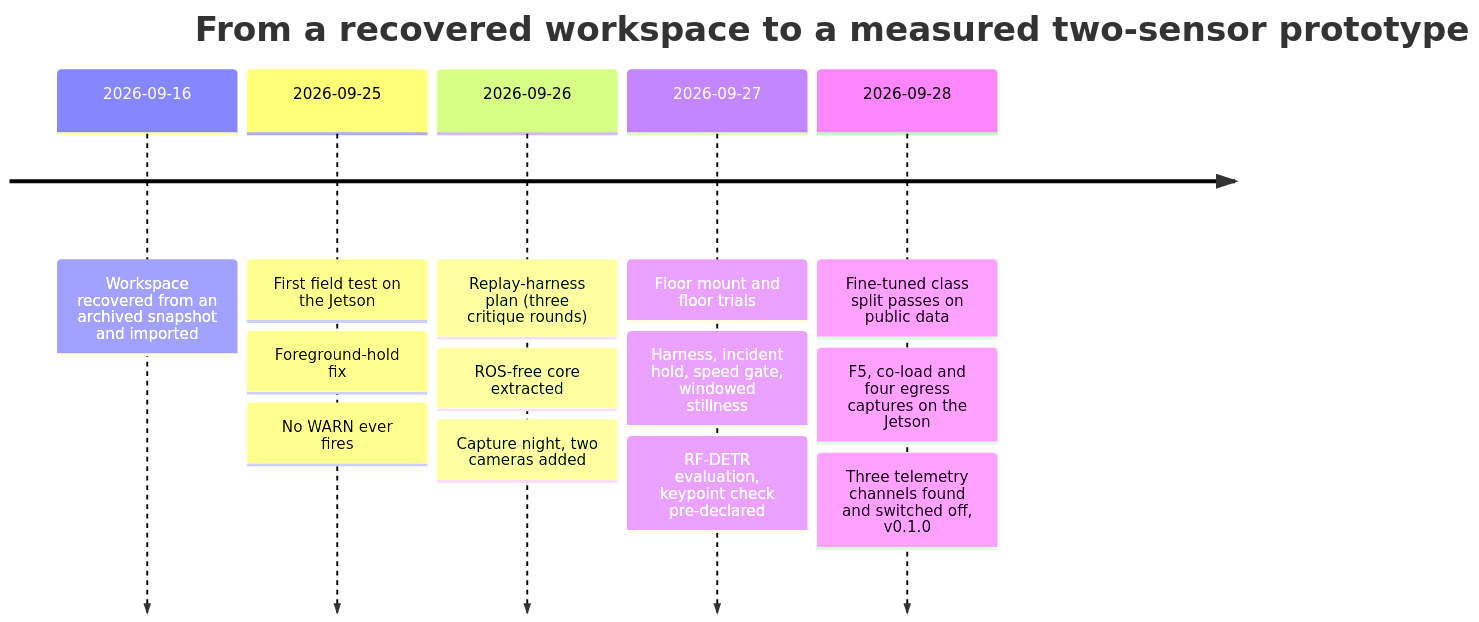
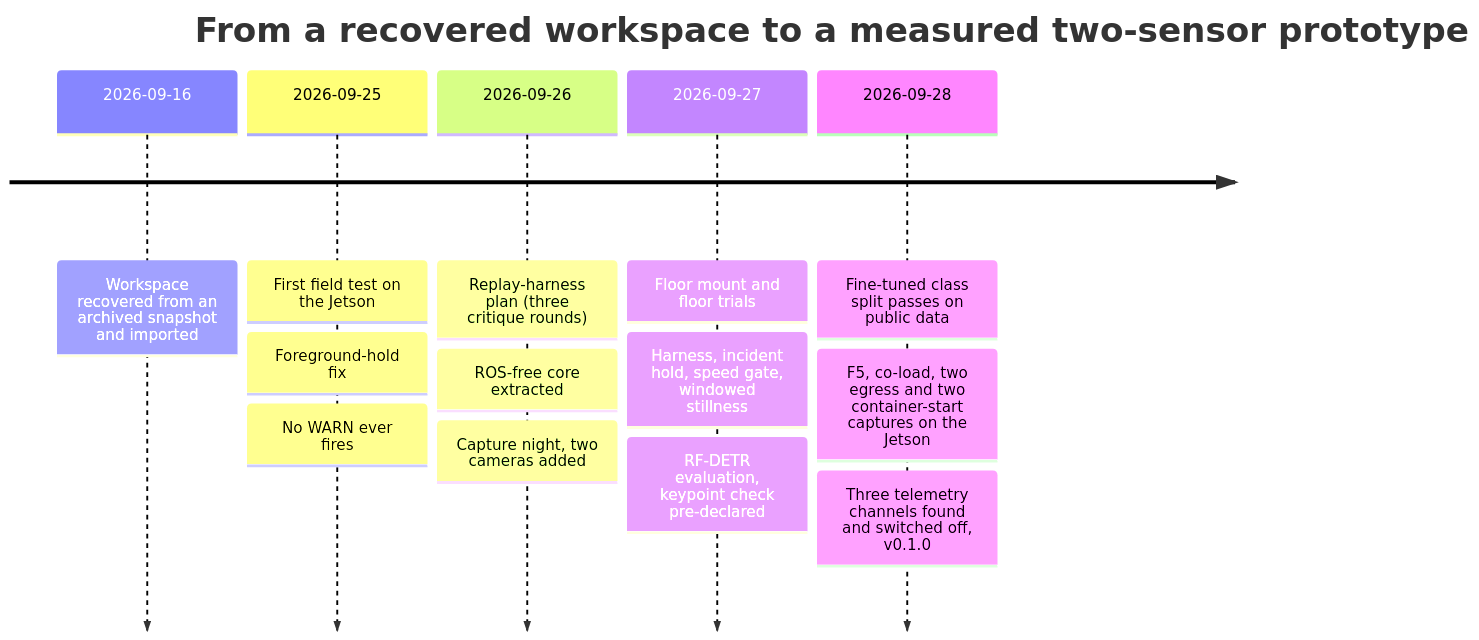
The diagram in docs/DEVELOPMENT-LOG.md (JeremyGracey-AI/prevera-guardian-lidar), drawn with Mermaid before and after one commit. The commit also changed other lines of this file and 1 other file, not shown here.

First line of the commit message:
docs: development log and 09-28 handoff corrected: five PRs, two egress and two container-start captures, times from the record

````diff
--- a/docs/DEVELOPMENT-LOG.md
+++ b/docs/DEVELOPMENT-LOG.md
@@ -14,9 +15,9 @@
 ```mermaid
 timeline
     title From a recovered workspace to a measured two-sensor prototype
     2026-09-16 : Workspace recovered from an archived snapshot and imported
     2026-09-25 : First field test on the Jetson : Foreground-hold fix : No WARN ever fires
     2026-09-26 : Replay-harness plan (three critique rounds) : ROS-free core extracted : Capture night, two cameras added
     2026-09-27 : Floor mount and floor trials : Harness, incident hold, speed gate, windowed stillness : RF-DETR evaluation, keypoint check pre-declared
-    2026-09-28 : Fine-tuned class split passes on public data : F5, co-load and four egress captures on the Jetson : Three telemetry channels found and switched off, v0.1.0
+    2026-09-28 : Fine-tuned class split passes on public data : F5, co-load, two egress and two container-start captures on the Jetson : Three telemetry channels found and switched off, v0.1.0
 ```
````
